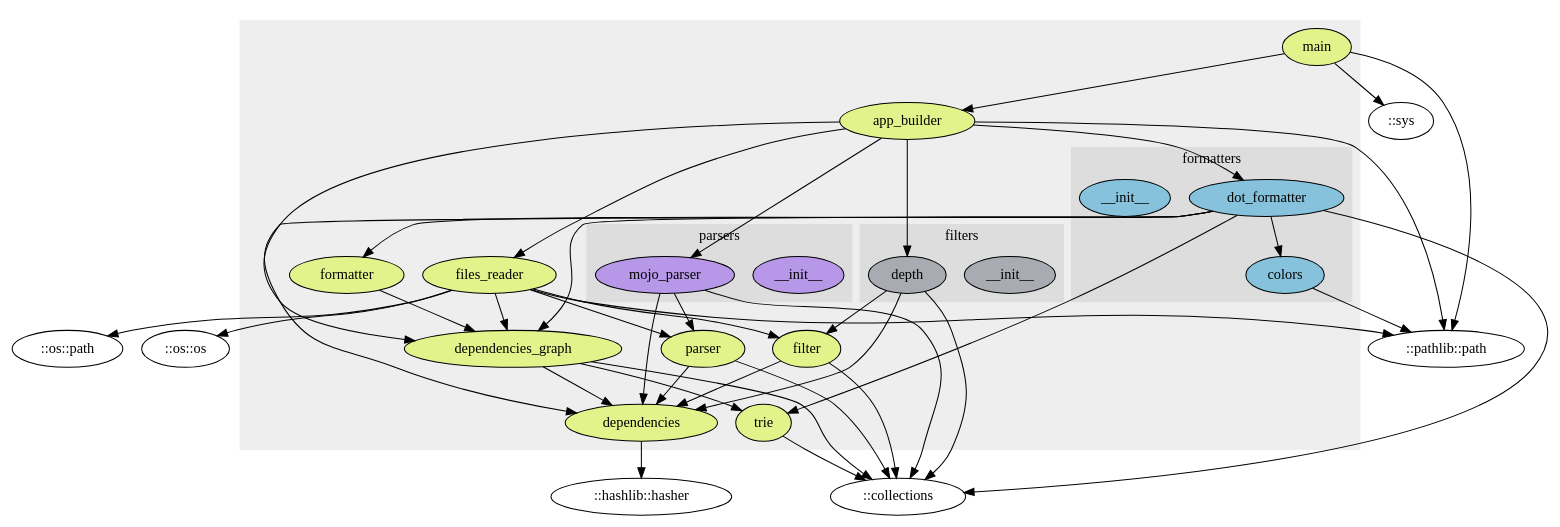
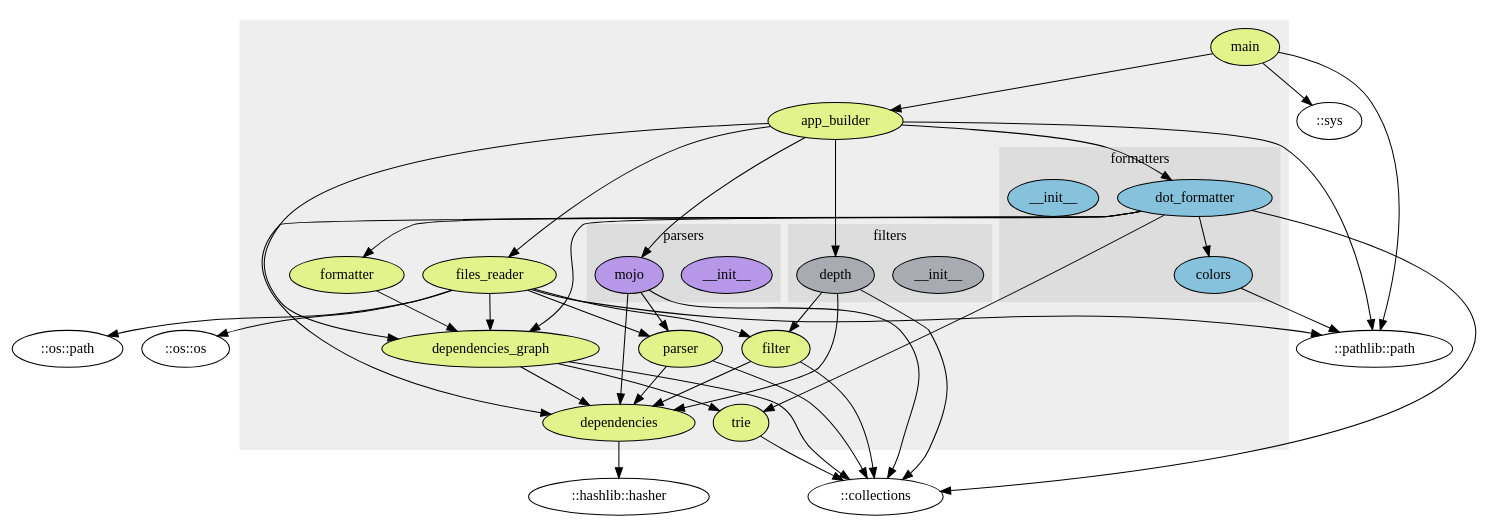
Before and after one commit to thomas-huegel/mojo-graphmod: the diagram in modules.dot, drawn with Graphviz. The commit also changed 6 other files, not shown here.

```diff
--- a/modules.dot
+++ b/modules.dot
@@ -1,80 +1,80 @@
 digraph dependencies {
   subgraph cluster_ {
   label=""
   color="#eeeeee"
   style="filled"
     "::main"[label="main",style="filled",fillcolor="#e3f38b"]
     "::app_builder"[label="app_builder",style="filled",fillcolor="#e3f38b"]
     "::files_reader"[label="files_reader",style="filled",fillcolor="#e3f38b"]
     subgraph cluster____formatters {
     label="formatters"
     color="#dddddd"
     style="filled"
       "::formatters::dot_formatter"[label="dot_formatter",style="filled",fillcolor="#86c2dc"]
       "::formatters::__init__"[label="__init__",style="filled",fillcolor="#86c2dc"]
       "::formatters::colors"[label="colors",style="filled",fillcolor="#86c2dc"]
     }
     "::trie"[label="trie",style="filled",fillcolor="#e3f38b"]
     "::dependencies"[label="dependencies",style="filled",fillcolor="#e3f38b"]
     "::dependencies_graph"[label="dependencies_graph",style="filled",fillcolor="#e3f38b"]
     "::formatter"[label="formatter",style="filled",fillcolor="#e3f38b"]
     "::parser"[label="parser",style="filled",fillcolor="#e3f38b"]
     subgraph cluster____parsers {
     label="parsers"
     color="#dddddd"
     style="filled"
       "::parsers::__init__"[label="__init__",style="filled",fillcolor="#b797e7"]
-      "::parsers::mojo_parser"[label="mojo_parser",style="filled",fillcolor="#b797e7"]
+      "::parsers::mojo"[label="mojo",style="filled",fillcolor="#b797e7"]
     }
     "::filter"[label="filter",style="filled",fillcolor="#e3f38b"]
     subgraph cluster____filters {
     label="filters"
     color="#dddddd"
     style="filled"
       "::filters::__init__"[label="__init__",style="filled",fillcolor="#a8acb2"]
       "::filters::depth"[label="depth",style="filled",fillcolor="#a8acb2"]
     }
   }
 "::main" -> "::pathlib::path"
 "::main" -> "::sys"
 "::main" -> "::app_builder"
 "::app_builder" -> "::pathlib::path"
 "::app_builder" -> "::dependencies_graph"
 "::app_builder" -> "::files_reader"
 "::app_builder" -> "::filters::depth"
 "::app_builder" -> "::formatters::dot_formatter"
-"::app_builder" -> "::parsers::mojo_parser"
+"::app_builder" -> "::parsers::mojo"
 "::files_reader" -> "::os::os"
 "::files_reader" -> "::os::path"
 "::files_reader" -> "::pathlib::path"
 "::files_reader" -> "::dependencies_graph"
 "::files_reader" -> "::filter"
 "::files_reader" -> "::parser"
 "::formatters::dot_formatter" -> "::collections"
 "::formatters::dot_formatter" -> "::dependencies"
 "::formatters::dot_formatter" -> "::dependencies_graph"
 "::formatters::dot_formatter" -> "::formatter"
 "::formatters::dot_formatter" -> "::formatters::colors"
 "::formatters::dot_formatter" -> "::trie"
 "::formatters::colors" -> "::pathlib::path"
 
 "::trie" -> "::collections"
 "::dependencies" -> "::hashlib::hasher"
 "::dependencies_graph" -> "::collections"
 "::dependencies_graph" -> "::dependencies"
 "::dependencies_graph" -> "::trie"
 "::formatter" -> "::dependencies_graph"
 "::parser" -> "::collections"
 "::parser" -> "::dependencies"
-"::parsers::mojo_parser" -> "::collections"
-"::parsers::mojo_parser" -> "::dependencies"
-"::parsers::mojo_parser" -> "::parser"
+"::parsers::mojo" -> "::collections"
+"::parsers::mojo" -> "::dependencies"
+"::parsers::mojo" -> "::parser"
 
 "::filter" -> "::collections"
 "::filter" -> "::dependencies"
 "::filters::depth" -> "::collections"
 "::filters::depth" -> "::dependencies"
 "::filters::depth" -> "::filter"
 
 
 }
```
